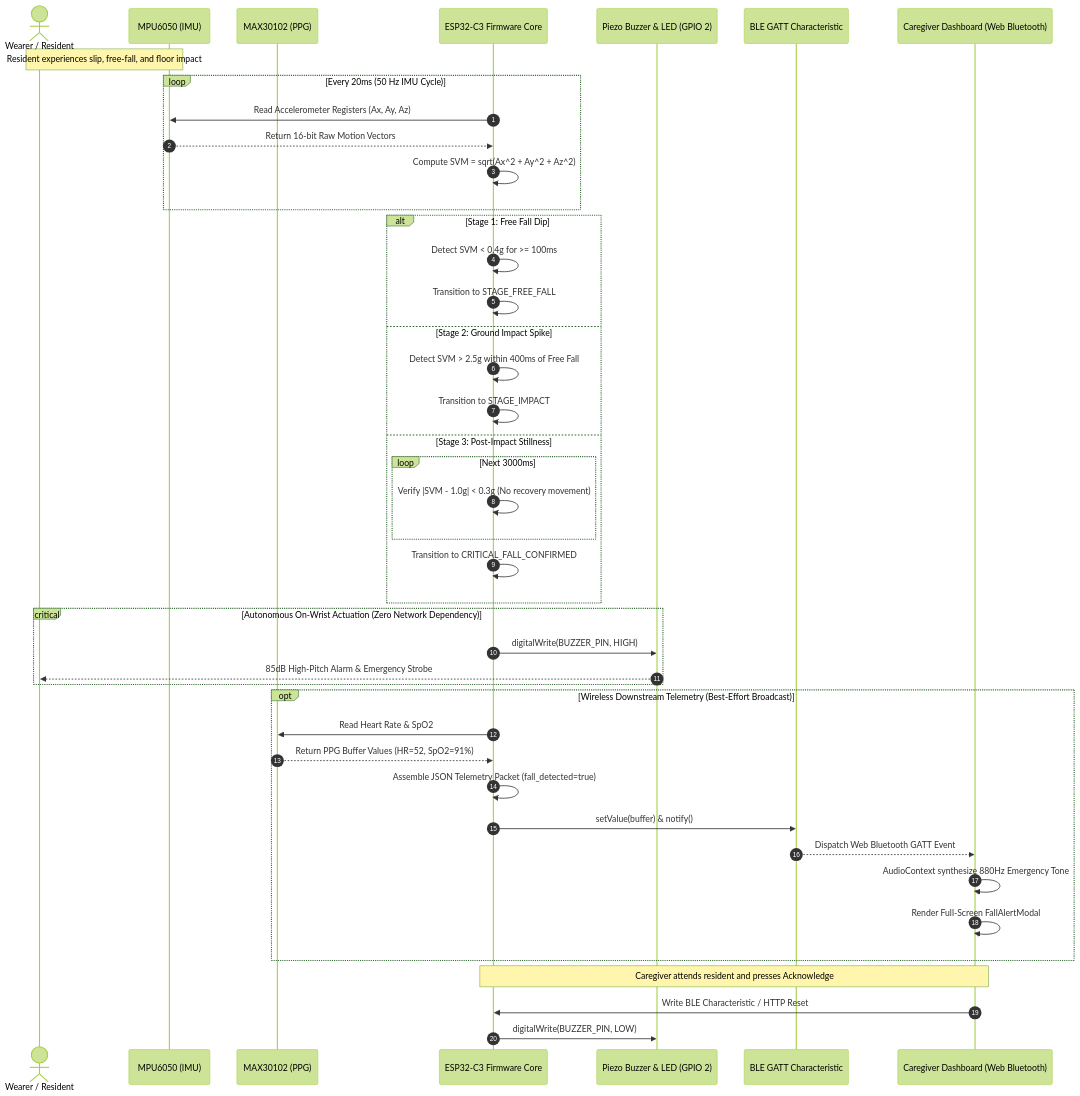
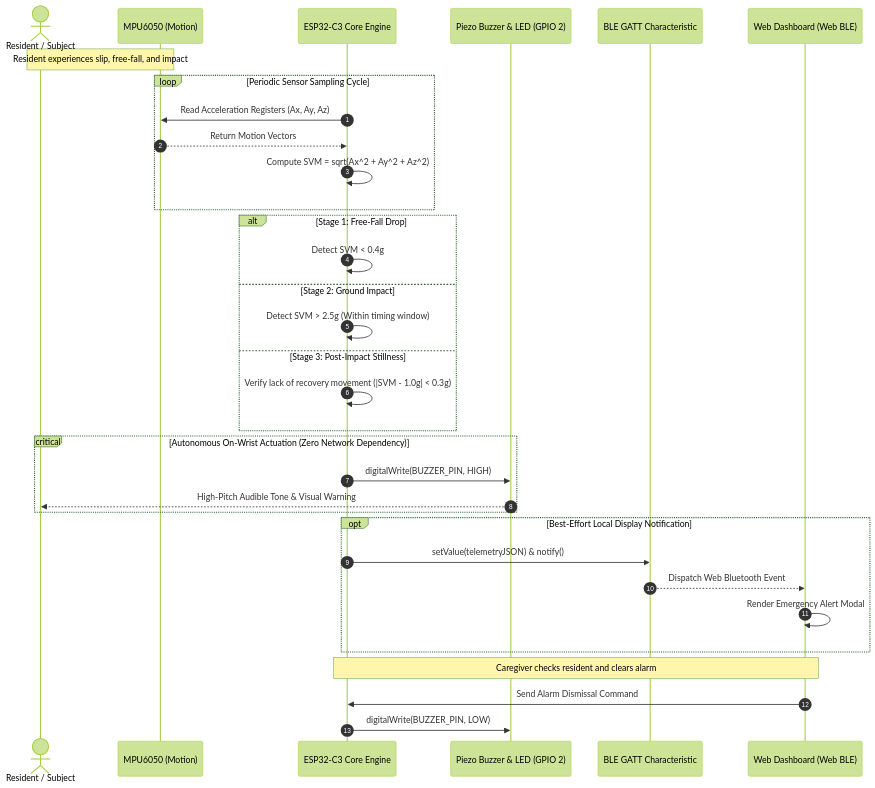
The third of 10 diagrams in UML_ARCHITECTURE_BLUEPRINTS.md (Aditya1kumbhar/vitalguard-c3), drawn with Mermaid (forest theme) before and after one commit. The commit also changed other lines of this file and 1 other file, not shown here.

Commit message:
docs: sync complete system architecture with Chen ER notation, DFD, and Flowchart

````diff
--- a/UML_ARCHITECTURE_BLUEPRINTS.md
+++ b/UML_ARCHITECTURE_BLUEPRINTS.md
@@ -363,50 +194,40 @@
 ```mermaid
 sequenceDiagram
     autonumber
-    actor Resident as Wearer / Resident
-    participant MPU as MPU6050 (IMU)
-    participant MAX as MAX30102 (PPG)
-    participant ESP as ESP32-C3 Firmware Core
+    actor Wearer as Resident / Subject
+    participant MPU as MPU6050 (Motion)
+    participant ESP as ESP32-C3 Core Engine
     participant BUZZ as Piezo Buzzer & LED (GPIO 2)
     participant BLE as BLE GATT Characteristic
-    participant Web as Caregiver Dashboard (Web Bluetooth)
+    participant WebApp as Web Dashboard (Web BLE)
 
-    Note over Resident,MPU: Resident experiences slip, free-fall, and floor impact
-    loop Every 20ms (50 Hz IMU Cycle)
-        ESP->>MPU: Read Accelerometer Registers (Ax, Ay, Az)
-        MPU-->>ESP: Return 16-bit Raw Motion Vectors
+    Note over Wearer,MPU: Resident experiences slip, free-fall, and impact
+    loop Periodic Sensor Sampling Cycle
+        ESP->>MPU: Read Acceleration Registers (Ax, Ay, Az)
+        MPU-->>ESP: Return Motion Vectors
         ESP->>ESP: Compute SVM = sqrt(Ax^2 + Ay^2 + Az^2)
     end
 
-    alt Stage 1: Free Fall Dip
-        ESP->>ESP: Detect SVM < 0.4g for >= 100ms
-        ESP->>ESP: Transition to STAGE_FREE_FALL
-    else Stage 2: Ground Impact Spike
-        ESP->>ESP: Detect SVM > 2.5g within 400ms of Free Fall
-        ESP->>ESP: Transition to STAGE_IMPACT
+    alt Stage 1: Free-Fall Drop
+        ESP->>ESP: Detect SVM < 0.4g
+    else Stage 2: Ground Impact
+        ESP->>ESP: Detect SVM > 2.5g (Within timing window)
     else Stage 3: Post-Impact Stillness
-        loop Next 3000ms
-            ESP->>ESP: Verify |SVM - 1.0g| < 0.3g (No recovery movement)
-        end
-        ESP->>ESP: Transition to CRITICAL_FALL_CONFIRMED
+        ESP->>ESP: Verify lack of recovery movement (|SVM - 1.0g| < 0.3g)
     end
 
     critical Autonomous On-Wrist Actuation (Zero Network Dependency)
         ESP->>BUZZ: digitalWrite(BUZZER_PIN, HIGH)
-        BUZZ-->>Resident: 85dB High-Pitch Alarm & Emergency Strobe
+        BUZZ-->>Wearer: High-Pitch Audible Tone & Visual Warning
     end
 
-    opt Wireless Downstream Telemetry (Best-Effort Broadcast)
-        ESP->>MAX: Read Heart Rate & SpO2
-        MAX-->>ESP: Return PPG Buffer Values (HR=52, SpO2=91%)
-        ESP->>ESP: Assemble JSON Telemetry Packet (fall_detected=true)
-        ESP->>BLE: setValue(buffer) & notify()
-        BLE-->>Web: Dispatch Web Bluetooth GATT Event
-        Web->>Web: AudioContext synthesize 880Hz Emergency Tone
-        Web->>Web: Render Full-Screen FallAlertModal
+    opt Best-Effort Local Display Notification
+        ESP->>BLE: setValue(telemetryJSON) & notify()
+        BLE-->>WebApp: Dispatch Web Bluetooth Event
+        WebApp->>WebApp: Render Emergency Alert Modal
     end
 
-    Note over Web,ESP: Caregiver attends resident and presses Acknowledge
-    Web->>ESP: Write BLE Characteristic / HTTP Reset
+    Note over WebApp,ESP: Caregiver checks resident and clears alarm
+    WebApp->>ESP: Send Alarm Dismissal Command
     ESP->>BUZZ: digitalWrite(BUZZER_PIN, LOW)
 ```
````
